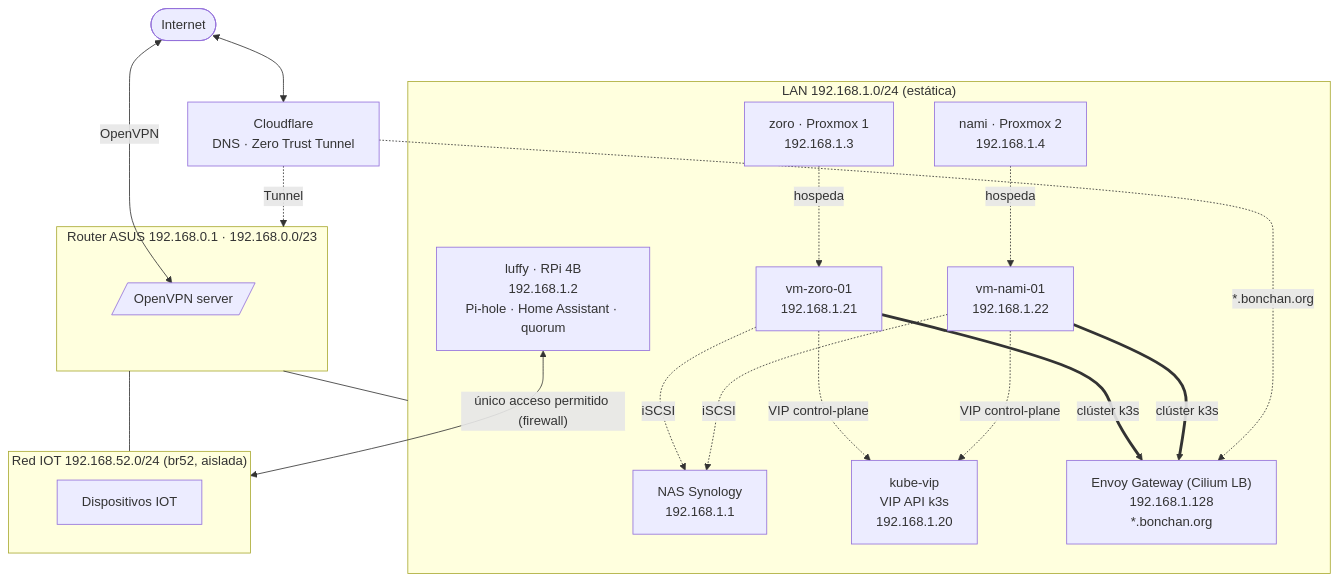
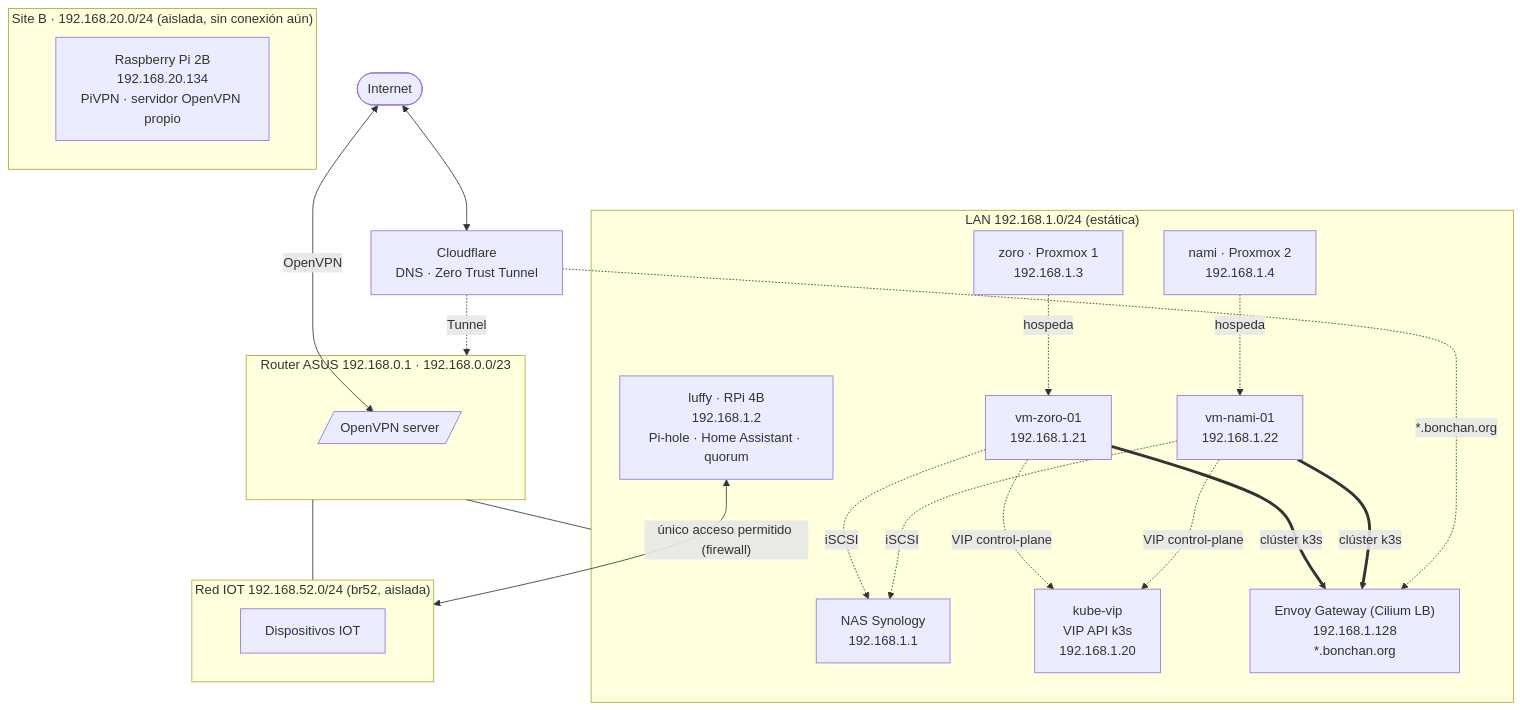
The first of 2 diagrams in README.md (Jasviers/homelab), drawn with Mermaid before and after one commit. The commit also changed other lines of this file, not shown here.

Commit message:
docs: Update VPN foosha architecture

````diff
--- a/README.md
+++ b/README.md
@@ -98,38 +114,42 @@
 ```mermaid
 flowchart TB
     internet([Internet])
     cf[Cloudflare<br/>DNS · Zero Trust Tunnel]
     internet <--> cf
 
     subgraph asus["Router ASUS 192.168.0.1 · 192.168.0.0/23"]
         vpn[/OpenVPN server/]
     end
     internet <-->|OpenVPN| vpn
     cf -.->|Tunnel| asus
 
     subgraph lan["LAN 192.168.1.0/24 (estática)"]
         nas["NAS Synology<br/>192.168.1.1"]
         luffy["luffy · RPi 4B<br/>192.168.1.2<br/>Pi-hole · Home Assistant · quorum"]
         zoro["zoro · Proxmox 1<br/>192.168.1.3"]
         nami["nami · Proxmox 2<br/>192.168.1.4"]
         vm1["vm-zoro-01<br/>192.168.1.21"]
         vm2["vm-nami-01<br/>192.168.1.22"]
         kvip["kube-vip<br/>VIP API k3s<br/>192.168.1.20"]
         gw["Envoy Gateway (Cilium LB)<br/>192.168.1.128<br/>*.bonchan.org"]
     end
 
     asus --- lan
     zoro -.->|hospeda| vm1
     nami -.->|hospeda| vm2
     vm1 & vm2 ==>|clúster k3s| gw
     vm1 & vm2 -.->|VIP control-plane| kvip
     vm1 & vm2 -.->|iSCSI| nas
 
     subgraph iot["Red IOT 192.168.52.0/24 (br52, aislada)"]
         dispositivos["Dispositivos IOT"]
     end
     asus --- iot
     luffy <-->|"único acceso permitido (firewall)"| iot
 
     cf -.->|*.bonchan.org| gw
+
+    subgraph siteb["Site B · 192.168.20.0/24 (aislada, sin conexión aún)"]
+        pivpn["Raspberry Pi 2B<br/>192.168.20.134<br/>PiVPN · servidor OpenVPN propio"]
+    end
 ```
````
